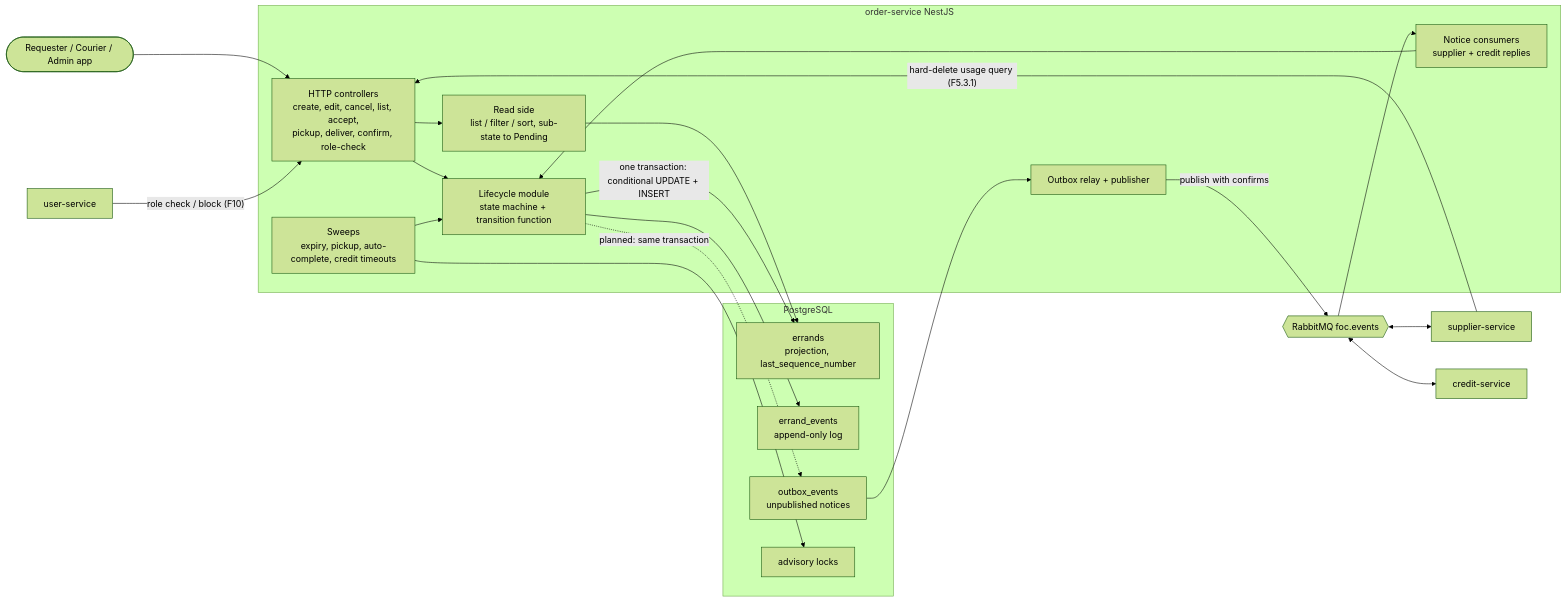
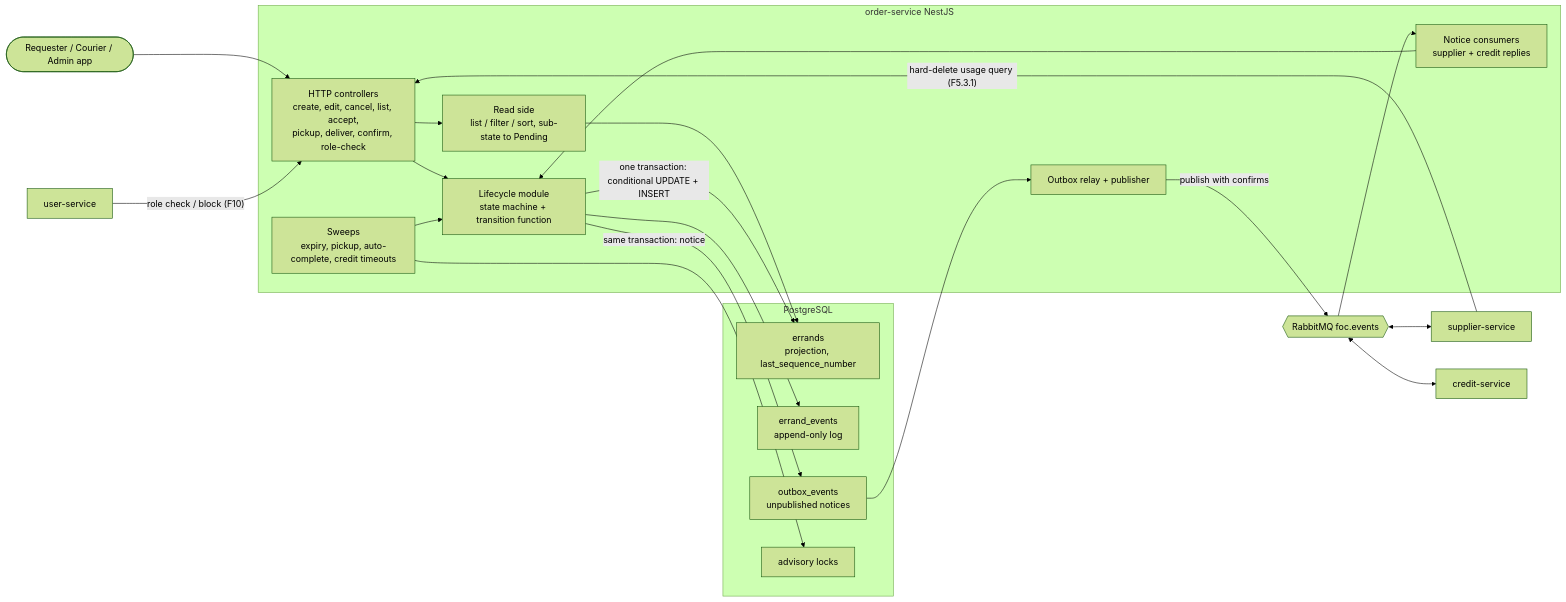
Before and after one commit to AY2627S1-CS3219-P27/FoC: the first of 4 diagrams in order-service/ARCHITECTURE.md, drawn with Mermaid (forest theme). The commit also changed other lines of this file and 1 other file, not shown here.

First line of the commit message:
Update order-service docs for the wired outbox

````diff
--- a/order-service/ARCHITECTURE.md
+++ b/order-service/ARCHITECTURE.md
@@ -7,43 +7,43 @@
 ```mermaid
 flowchart LR
   Client([Requester / Courier / Admin app])
   User[user-service]
   Supplier[supplier-service]
   Credit[credit-service]
 
   subgraph OS[order-service NestJS]
     API[HTTP controllers<br/>create, edit, cancel, list, accept,<br/>pickup, deliver, confirm, role-check]
     Life[Lifecycle module<br/>state machine + transition function]
     Read[Read side<br/>list / filter / sort, sub-state to Pending]
     Consumers[Notice consumers<br/>supplier + credit replies]
     Outbox[Outbox relay + publisher]
     Sweeps[Sweeps<br/>expiry, pickup, auto-complete, credit timeouts]
   end
 
   subgraph PG[PostgreSQL]
     Errands[errands<br/>projection, last_sequence_number]
     Events[errand_events<br/>append-only log]
     OutboxT[outbox_events<br/>unpublished notices]
     Locks[advisory locks]
   end
 
   MQ{{RabbitMQ foc.events}}
 
   Client --> API
   User -- "role check / block (F10)" --> API
   Supplier -- "hard-delete usage query (F5.3.1)" --> API
   API --> Life
   API --> Read
   Read --> Errands
   Life -->|"one transaction: conditional UPDATE + INSERT"| Errands
   Life --> Events
   Sweeps --> Locks
   Sweeps --> Life
-  Life -.->|"planned: same transaction"| OutboxT
+  Life -->|"same transaction: notice"| OutboxT
   OutboxT --> Outbox
   Outbox -->|"publish with confirms"| MQ
   MQ --> Consumers
   Consumers --> Life
   MQ <--> Supplier
   MQ <--> Credit
 ```
````
